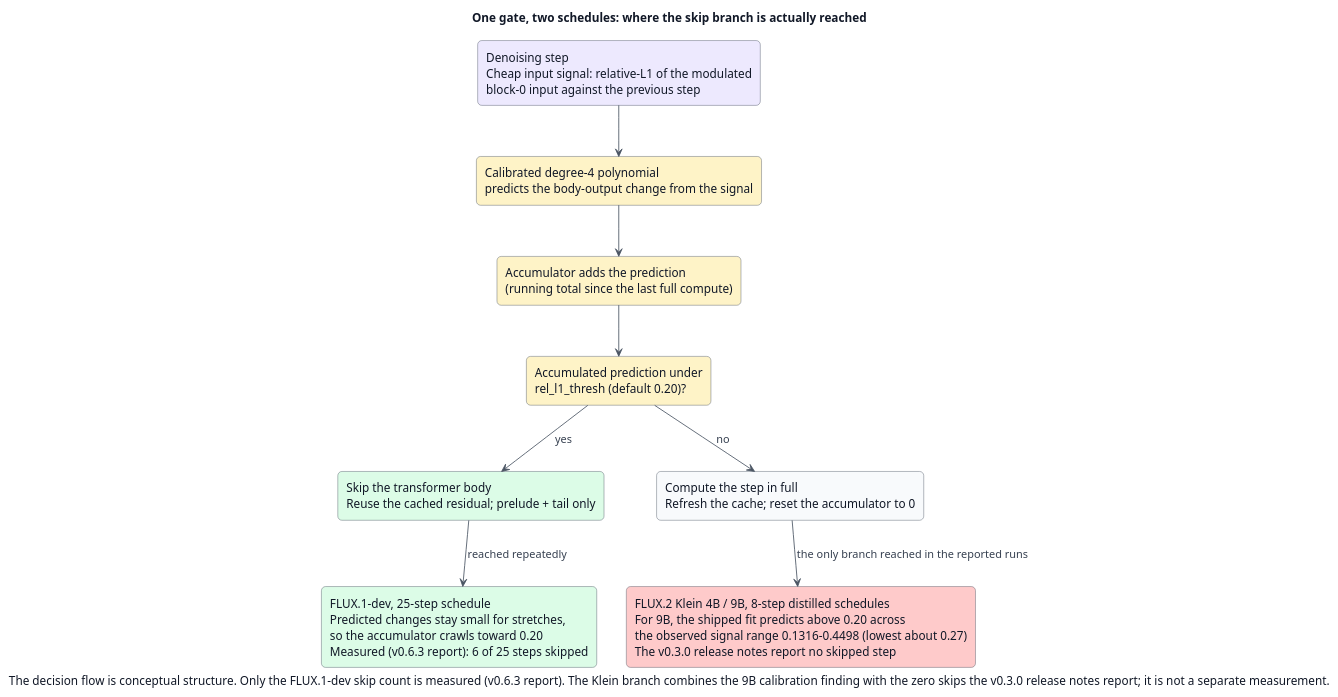
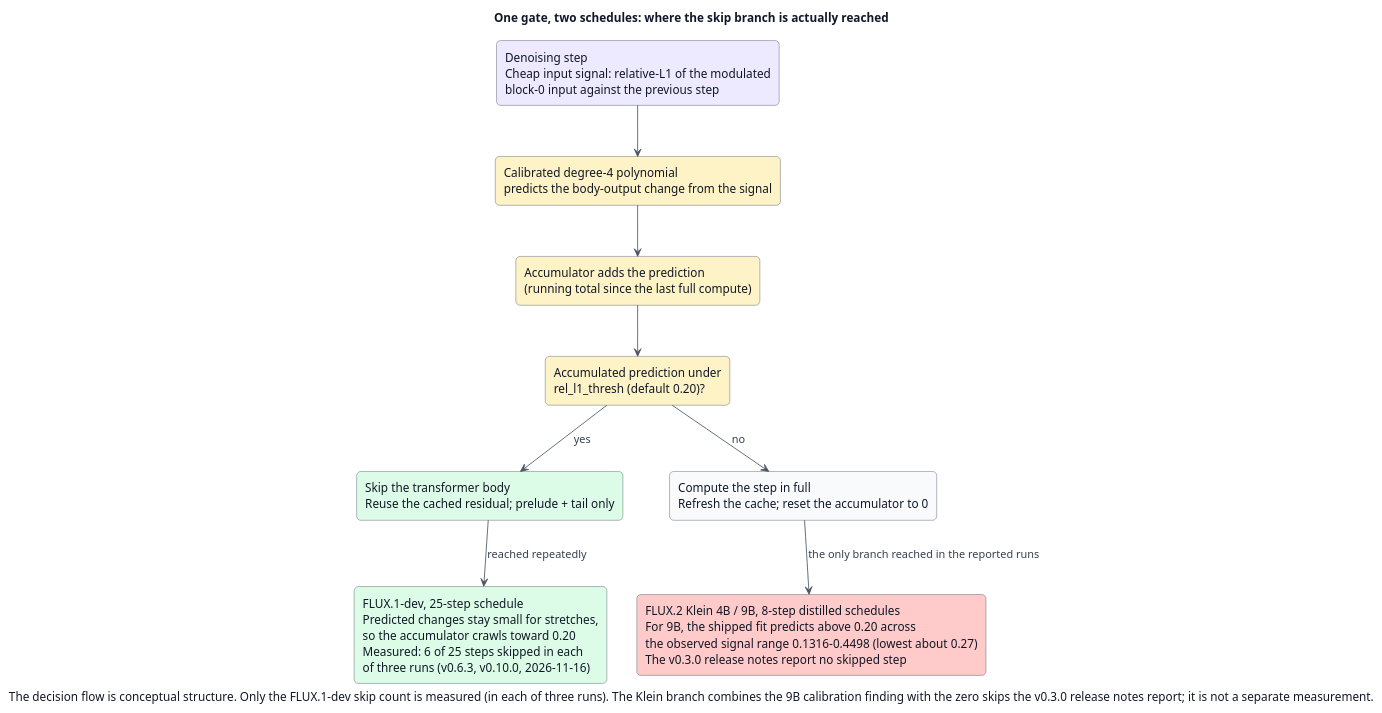
The diagram in docs/papers/diagrams/gate-engagement-two-schedules.puml (IonDen/mlx-teacache), drawn with PlantUML before and after one commit. The commit also changed 2 other files, not shown here.

Commit message:
Give the gate paper's memory figures in GiB and state each record's gaps beside its figures (#124)
The withdrawn Klein base 9B run's cap and peak are now in GiB, the unit its script uses. The gaps of that record and of the v0.6.0 Klein base records are listed beside their figures, the 2026-11-16 FLUX.1-dev run gets its reproducer and kernel release, and the diagram names all three FLUX.1-dev runs. No number changed.

```diff
--- a/docs/papers/diagrams/gate-engagement-two-schedules.puml
+++ b/docs/papers/diagrams/gate-engagement-two-schedules.puml
@@ -1,38 +1,38 @@
 @startuml
 title One gate, two schedules: where the skip branch is actually reached
 
 skinparam backgroundColor #FFFFFF
 skinparam shadowing false
 skinparam roundCorner 10
 skinparam defaultFontName Helvetica
 skinparam defaultFontColor #111827
 skinparam ArrowColor #4B5563
 skinparam ArrowFontColor #374151
 skinparam rectangle {
   BorderColor #4B5563
   FontColor #111827
   BackgroundColor #F8FAFC
 }
 
 rectangle "Denoising step\nCheap input signal: relative-L1 of the modulated\nblock-0 input against the previous step" as signal #EDE9FE
 
 rectangle "Calibrated degree-4 polynomial\npredicts the body-output change from the signal" as poly #FEF3C7
 rectangle "Accumulator adds the prediction\n(running total since the last full compute)" as acc #FEF3C7
 rectangle "Accumulated prediction under\nrel_l1_thresh (default 0.20)?" as gate #FEF3C7
 
 rectangle "Skip the transformer body\nReuse the cached residual; prelude + tail only" as skip #DCFCE7
 rectangle "Compute the step in full\nRefresh the cache; reset the accumulator to 0" as compute #F8FAFC
 
-rectangle "FLUX.1-dev, 25-step schedule\nPredicted changes stay small for stretches,\nso the accumulator crawls toward 0.20\nMeasured (v0.6.3 report): 6 of 25 steps skipped" as dev #DCFCE7
+rectangle "FLUX.1-dev, 25-step schedule\nPredicted changes stay small for stretches,\nso the accumulator crawls toward 0.20\nMeasured: 6 of 25 steps skipped in each\nof three runs (v0.6.3, v0.10.0, 2026-11-16)" as dev #DCFCE7
 rectangle "FLUX.2 Klein 4B / 9B, 8-step distilled schedules\nFor 9B, the shipped fit predicts above 0.20 across\nthe observed signal range 0.1316-0.4498 (lowest about 0.27)\nThe v0.3.0 release notes report no skipped step" as klein #FECACA
 
 signal -down-> poly
 poly -down-> acc
 acc -down-> gate
 gate -down-> skip : yes
 gate -down-> compute : no
 skip -down-> dev : reached repeatedly
 compute -down-> klein : the only branch reached in the reported runs
 
-caption The decision flow is conceptual structure. Only the FLUX.1-dev skip count is measured (v0.6.3 report). The Klein branch combines the 9B calibration finding with the zero skips the v0.3.0 release notes report; it is not a separate measurement.
+caption The decision flow is conceptual structure. Only the FLUX.1-dev skip count is measured (in each of three runs). The Klein branch combines the 9B calibration finding with the zero skips the v0.3.0 release notes report; it is not a separate measurement.
 @enduml
```
